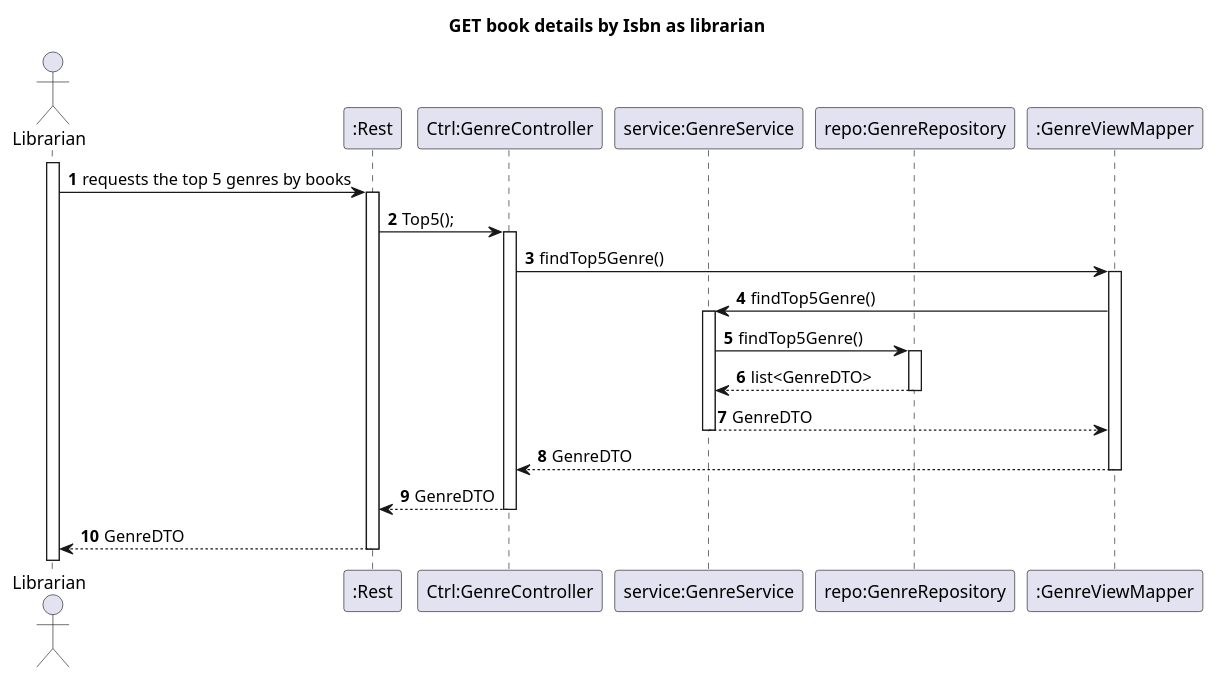
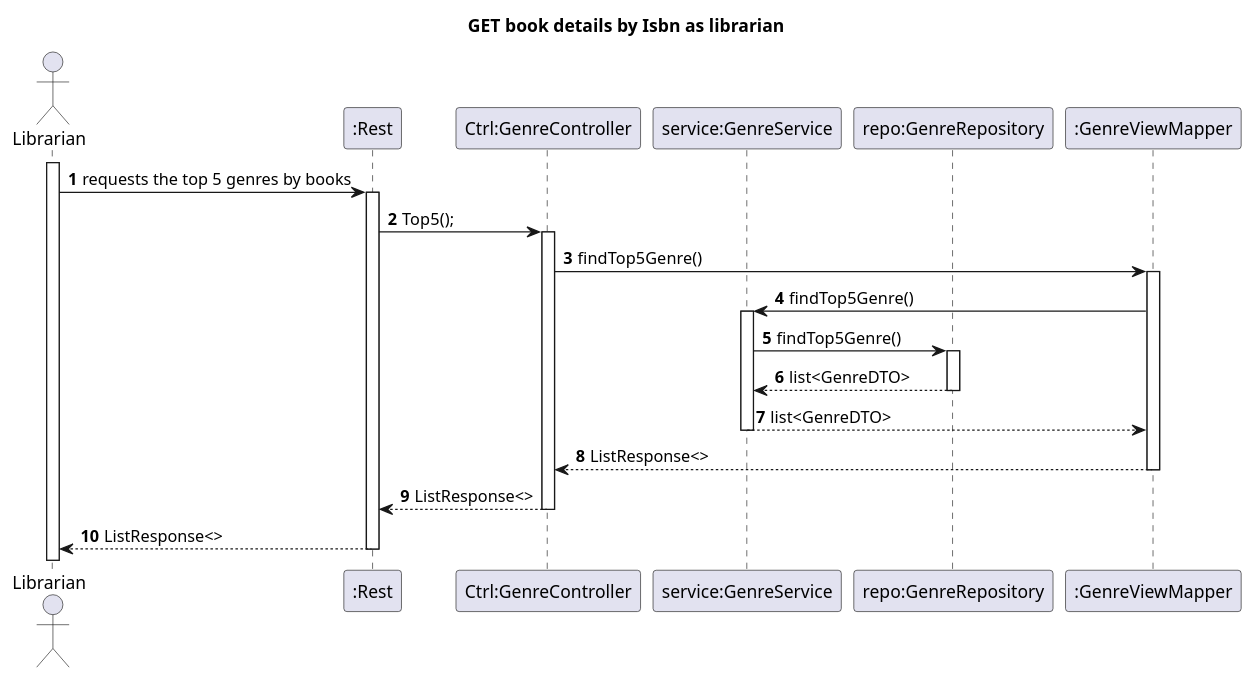
One commit to rutemf/1220944_1220772_G01 changed the diagram in Docs/Phase2/WP2B-Books/Ph2-10-KnowTop5GenreByBooks/Ph2-10-KnowTop5GenreByBooks.puml. Above: the diagram before and after it, drawn with PlantUML. The commit also changed 5 other files, not shown here.

```diff
--- a/Docs/Phase2/WP2B-Books/Ph2-10-KnowTop5GenreByBooks/Ph2-10-KnowTop5GenreByBooks.puml
+++ b/Docs/Phase2/WP2B-Books/Ph2-10-KnowTop5GenreByBooks/Ph2-10-KnowTop5GenreByBooks.puml
@@ -1,30 +1,30 @@
 @startuml
 'https://plantuml.com/sequence-diagram
 autoactivate on
 autonumber
 
 title GET book details by Isbn as librarian
 
 actor "Librarian" as User
 participant ":Rest" as Rest
 participant "Ctrl:GenreController" as Ctrl
 participant "service:GenreService" as Service
 participant "repo:GenreRepository" as Repo
 participant ":GenreViewMapper" as Mapper
 
 activate User
 
 User -> Rest: requests the top 5 genres by books
 
 Rest -> Ctrl: Top5();
 
 Ctrl -> Mapper: findTop5Genre()
 Mapper -> Service: findTop5Genre()
 Service -> Repo: findTop5Genre()
 Repo --> Service: list<GenreDTO>
-Service --> Mapper: GenreDTO
-Mapper --> Ctrl: GenreDTO
-Ctrl --> Rest: GenreDTO
-Rest --> User: GenreDTO
+Service --> Mapper: list<GenreDTO>
+Mapper --> Ctrl: ListResponse<>
+Ctrl --> Rest: ListResponse<>
+Rest --> User: ListResponse<>
 
 @enduml
```
